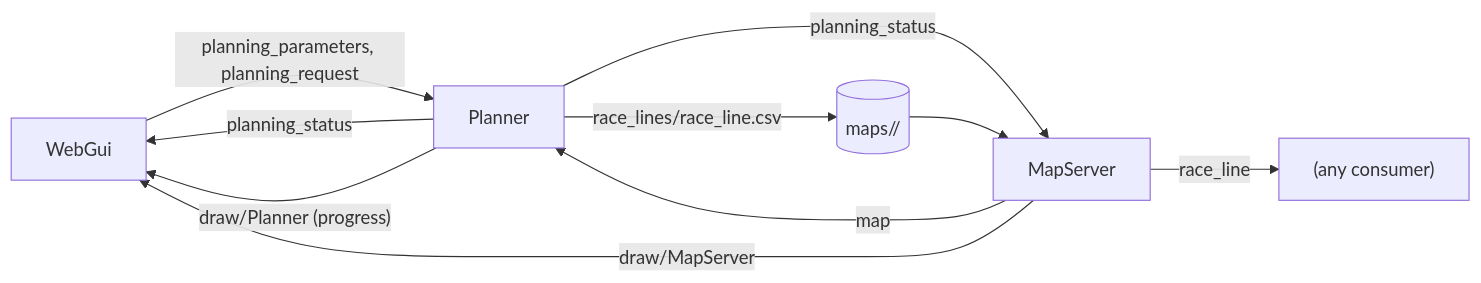
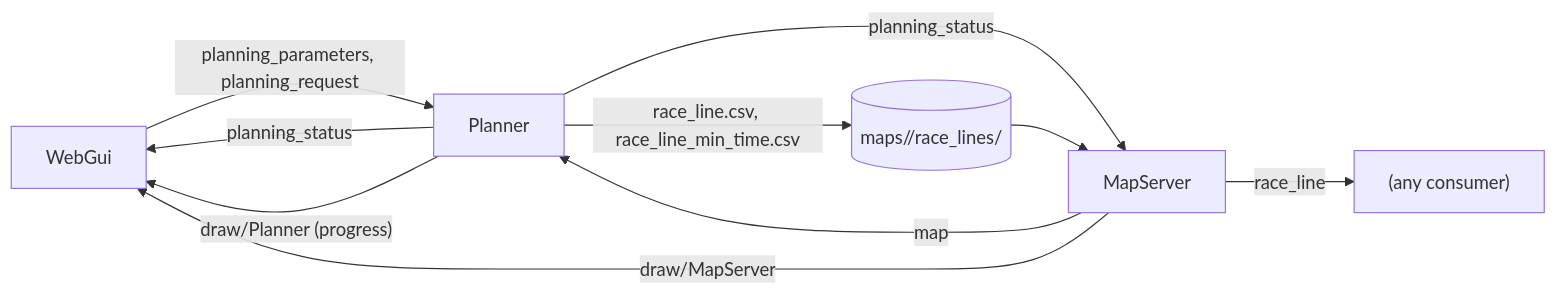
The diagram in documentation/planning.md (Noce99/AuRoRus), drawn with Mermaid before and after one commit. The commit also changed other lines of this file and 22 other files, not shown here.

Commit message:
Min time raceline!

````diff
--- a/documentation/planning.md
+++ b/documentation/planning.md
@@ -16,12 +21,12 @@
 ```mermaid
 flowchart LR
     W["WebGui"] -- "planning_parameters, planning_request" --> P["Planner"]
     P -- "planning_status" --> W
     P -- "planning_status" --> M["MapServer"]
     M -- "map" --> P
-    P -- "race_lines/race_line.csv" --> F[("maps/<map>/")]
+    P -- "race_line.csv, race_line_min_time.csv" --> F[("maps/<map>/race_lines/")]
     F --> M
     M -- "race_line" --> X["(any consumer)"]
     M -- "draw/MapServer" --> W
     P -- "draw/Planner (progress)" --> W
 ```
````
